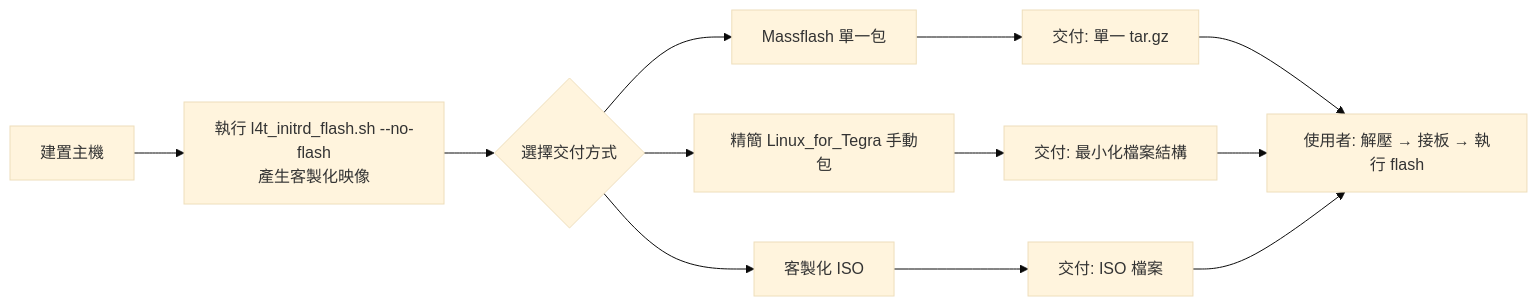
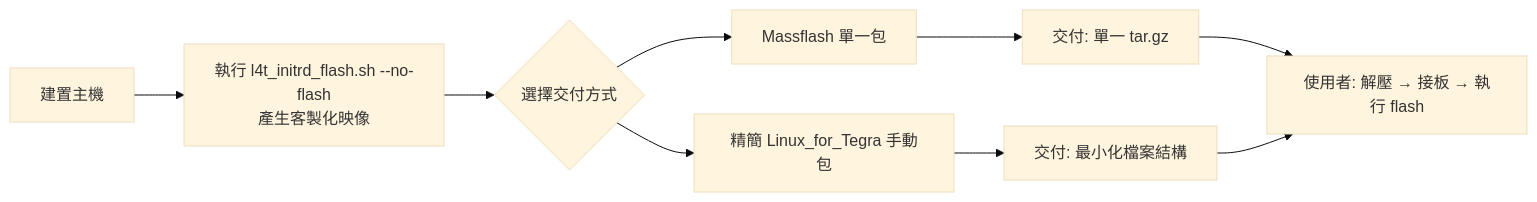
One commit to stanleyh07/opendoc changed the third of 3 diagrams in doc/01-開發技術/嵌入式開發/平台/NVIDIA/Jetson 系統映像客製化與燒錄完整指南.md. Above: the diagram before and after it, drawn with Mermaid (base theme). The commit also changed other lines of this file and 2 other files, not shown here.

First line of the commit message:
更新嵌入式 Linux 技術文件：UART、OverlayFS 多層架構、Jetson ISO 勘誤

````diff
--- a/doc/01-開發技術/嵌入式開發/平台/NVIDIA/Jetson 系統映像客製化與燒錄完整指南.md
+++ b/doc/01-開發技術/嵌入式開發/平台/NVIDIA/Jetson 系統映像客製化與燒錄完整指南.md
@@ -387,14 +391,11 @@
 ```mermaid
 flowchart LR
     A[建置主機] --> B[執行 l4t_initrd_flash.sh --no-flash<br/>產生客製化映像]
     B --> C{選擇交付方式}
     C --> D[Massflash 單一包]
     C --> E[精簡 Linux_for_Tegra 手動包]
-    C --> F[客製化 ISO]
-    D --> G[交付: 單一 tar.gz]
-    E --> H[交付: 最小化檔案結構]
-    F --> I[交付: ISO 檔案]
-    G --> J[使用者: 解壓 → 接板 → 執行 flash]
-    H --> J
-    I --> J
+    D --> F[交付: 單一 tar.gz]
+    E --> G[交付: 最小化檔案結構]
+    F --> H[使用者: 解壓 → 接板 → 執行 flash]
+    G --> H
 ```
````
